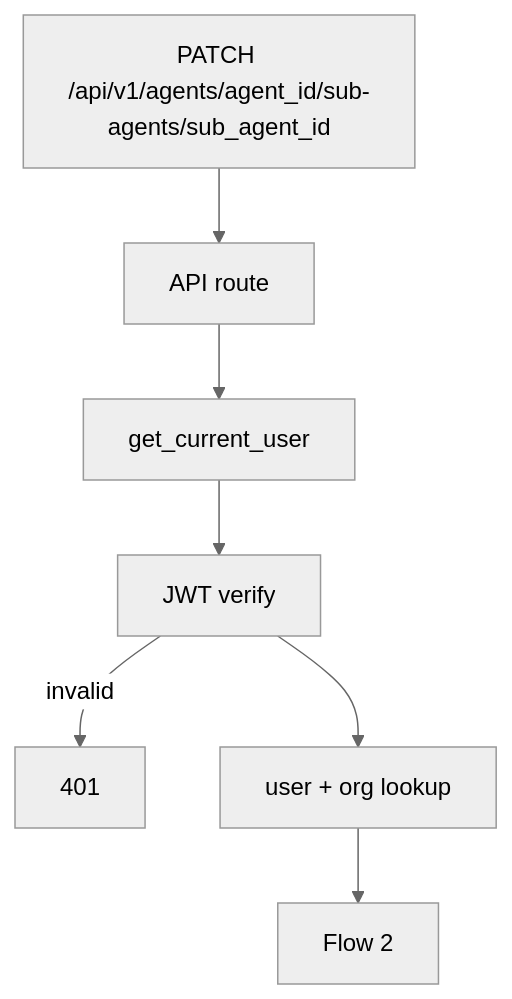
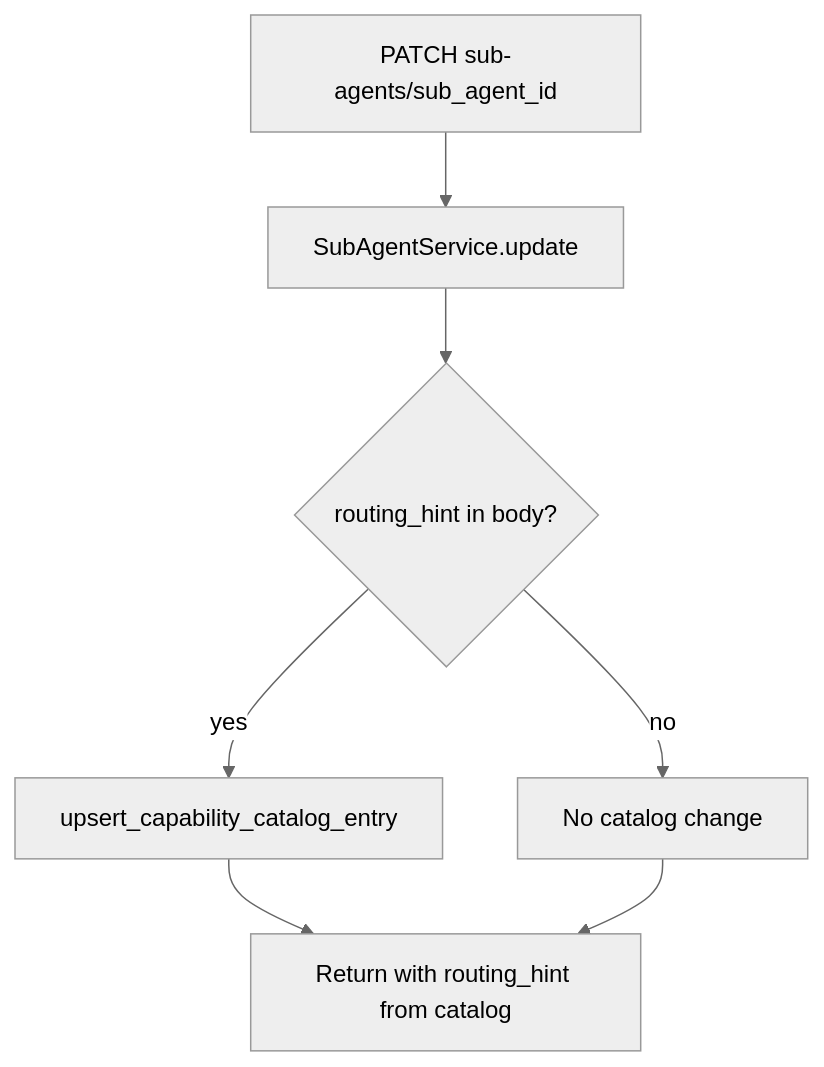
Before and after one commit to shehan-jayasinghe/bot-builder: the diagram in backend/document/sub-agents/04-update-sub-agent-diagrams.md, drawn with Mermaid (neutral theme). The commit also changed other lines of this file and 37 other files, not shown here.

````diff
--- a/backend/document/sub-agents/04-update-sub-agent-diagrams.md
+++ b/backend/document/sub-agents/04-update-sub-agent-diagrams.md
@@ -15,10 +34,10 @@
 ```mermaid
 flowchart TB
-    REQ[PATCH /api/v1/agents/agent_id/sub-agents/sub_agent_id]
-    REQ --> API[API route]
-    API --> DI[get_current_user]
-    DI --> JWT[JWT verify]
-    JWT -->|invalid| E401[401]
-    JWT --> DB[user + org lookup]
-    DB --> F2[Flow 2]
+    PATCH[PATCH sub-agents/sub_agent_id]
+    PATCH --> UPDATE[SubAgentService.update]
+    UPDATE --> FIELDS{routing_hint in body?}
+    FIELDS -->|yes| UPSERT[upsert_capability_catalog_entry]
+    FIELDS -->|no| SKIP[No catalog change]
+    UPSERT --> RESP[Return with routing_hint from catalog]
+    SKIP --> RESP
 ```
````
